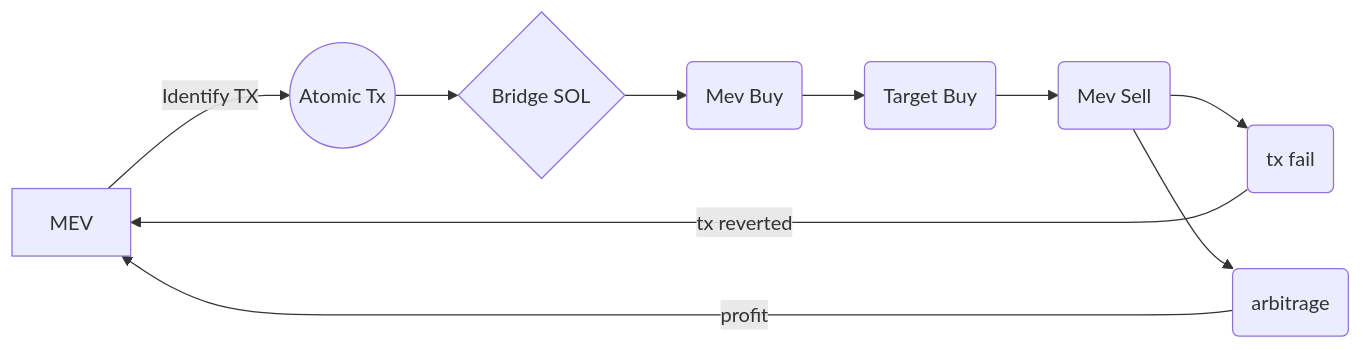
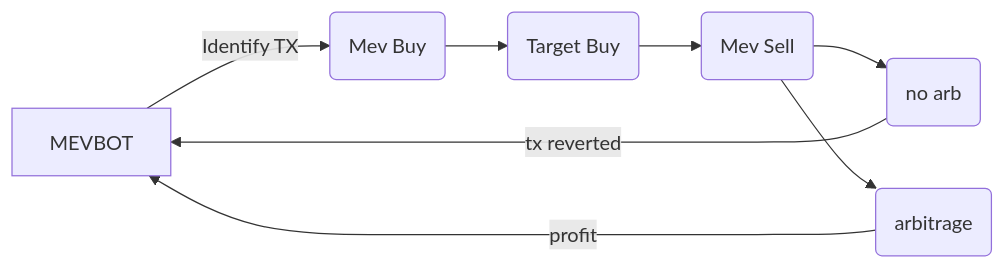
Before and after one commit to orcACR/solana-mevbot: the diagram in README.md, drawn with Mermaid. The commit also changed other lines of this file, not shown here.

````diff
--- a/README.md
+++ b/README.md
@@ -6,10 +15,8 @@
 ```mermaid
 graph LR
-A[MEV] -- Identify TX --> B((Atomic Tx)) --> D{Bridge SOL}
-D --> C(Mev Buy)
-C --> E(Target Buy)
+A[MEVBOT] --Identify TX -->C(Mev Buy)--> E(Target Buy)
 E --> F(Mev Sell)
-F -->J(tx fail)
+F -->J(no arb)
 J--tx reverted -->A
 F --> H(arbitrage) --profit --> A
 ```
````
